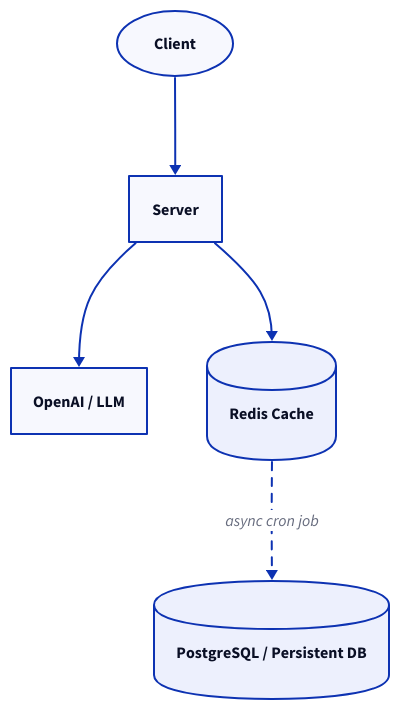
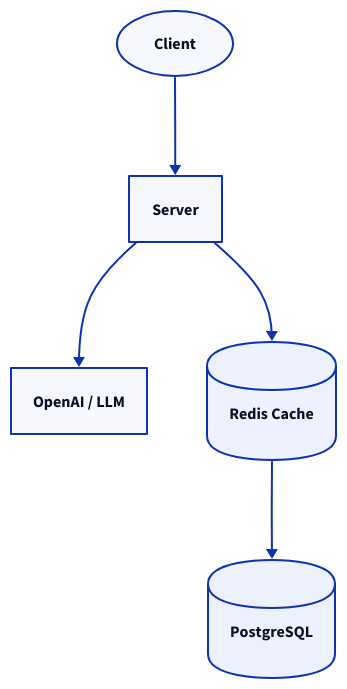
One commit to g-savitha/gsavitha.in changed the third of 6 diagrams in src/content/blog/context-management-window.md. Above: the diagram before and after it, drawn with D2. The commit also changed other lines of this file and 11 other files, not shown here.

````diff
--- a/src/content/blog/context-management-window.md
+++ b/src/content/blog/context-management-window.md
@@ -118,11 +118,10 @@
 ```d2
 direction: down
 Client: Client {shape: oval; class: success}
 Server: Server {class: primary}
 LLM: "OpenAI / LLM" {class: accent}
 Redis: "Redis Cache" {shape: cylinder; class: info}
-DB: "PostgreSQL / Persistent DB" {shape: cylinder; class: secondary}
+DB: PostgreSQL {shape: cylinder; class: secondary}
 Client -> Server -> LLM
-Server -> Redis
-Redis -> DB: "async cron job" {style.stroke-dash: 4}
+Server -> Redis -> DB
 ```
````
